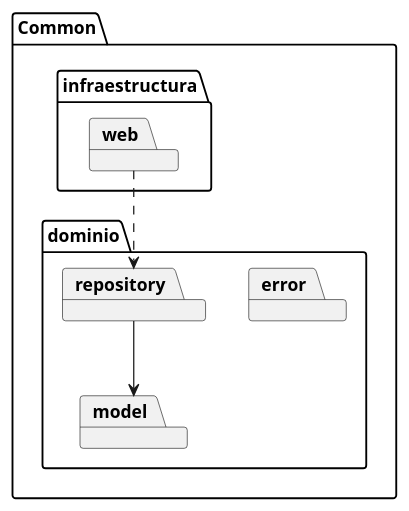
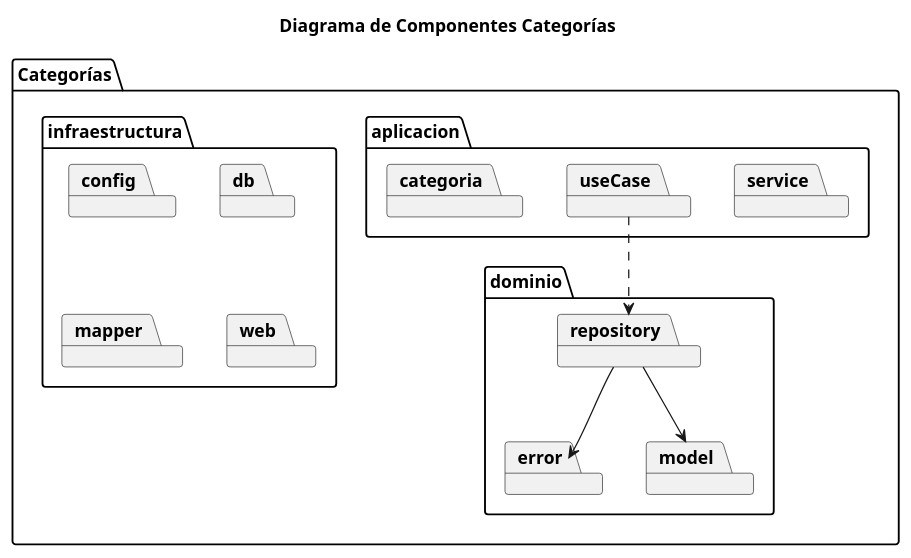
Before and after one commit to Jorgepd999/api-java-SpringBoot-Escuela-de-Futbol: the diagram in doc/disenio/arquitectura/componentesGlobal/componenteCategorias/componenteCategoria.plantuml, drawn with PlantUML. The commit also changed 2 other files, not shown here.

Commit message:
cambio diagrama componentes

```diff
--- a/doc/disenio/arquitectura/componentesGlobal/componenteCategorias/componenteCategoria.plantuml
+++ b/doc/disenio/arquitectura/componentesGlobal/componenteCategorias/componenteCategoria.plantuml
@@ -1,18 +1,31 @@
 @startuml
-package "Common" as Common {
+title Diagrama de Componentes Categorías
 
-    package "dominio" as dw {
+package "Categorías" as Categoria {
+
+    package "aplicacion" as ac {
+        package "service" as service
+        package "useCase" as useCase
+        package "categoria" as categoria
+    }
+
+    package "dominio" as dc {
         package "error" as error
         package "model" as model
         package "repository" as repository
     }
 
-    package "infraestructura" as iw{
-       package "web" as web
+    package "infraestructura" as ic {
+        package "config" as config
+        package "db" as db
+        package "mapper" as mapper
+        package "web" as web
     }
 
-    web ..> repository
+    useCase ..> repository
     repository --> model
-     
+    repository --> error
+
 }
+
 @enduml
```
